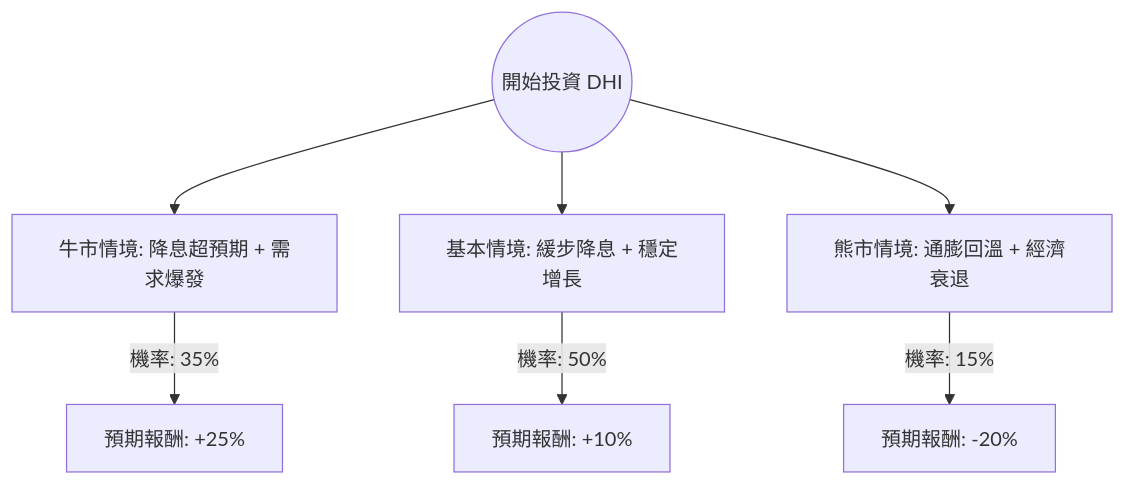
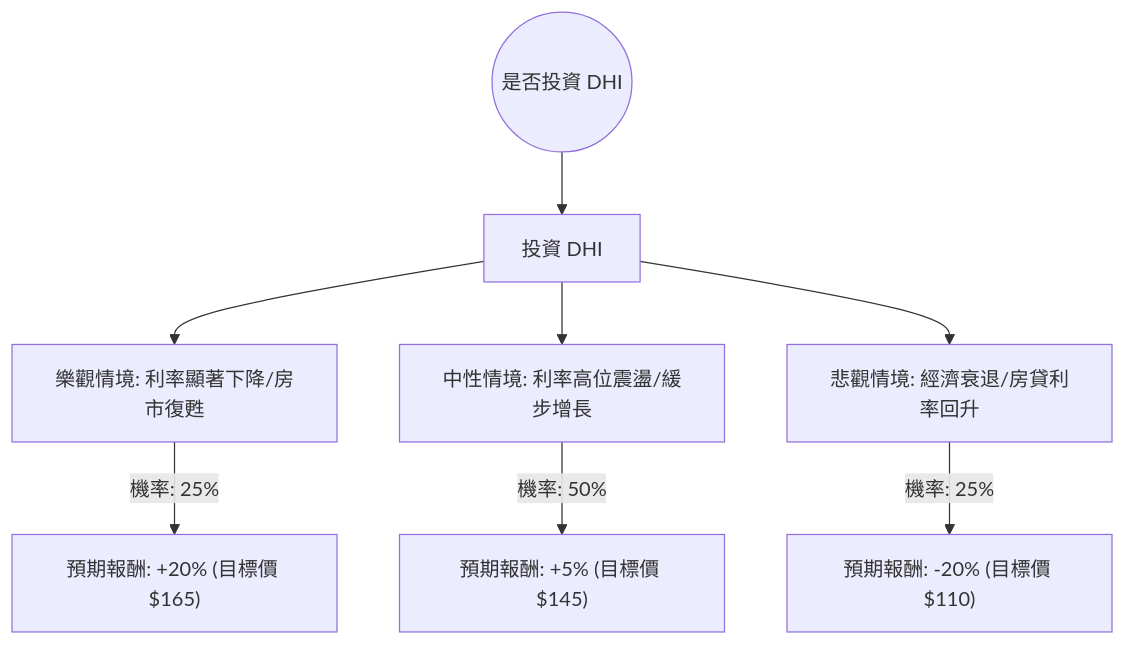
The diagram in plugin-react/ai-analysis/ev-analysis/DHI.md (zmcx16/zmcx16.github.io), drawn with Mermaid before and after one commit. The commit also changed other lines of this file and 75 other files, not shown here.

````diff
--- a/plugin-react/ai-analysis/ev-analysis/DHI.md
+++ b/plugin-react/ai-analysis/ev-analysis/DHI.md
@@ -19,10 +19,12 @@
 ```mermaid
 graph TD
-    Start((開始投資 DHI)) --> Bull[牛市情境: 降息超預期 + 需求爆發]
-    Start --> Base[基本情境: 緩步降息 + 穩定增長]
-    Start --> Bear[熊市情境: 通膨回溫 + 經濟衰退]
+    Start((是否投資 DHI)) --> Invest[投資 DHI]
+    
+    Invest --> Bull[樂觀情境: 利率顯著下降/房市復甦]
+    Invest --> Base[中性情境: 利率高位震盪/緩步增長]
+    Invest --> Bear[悲觀情境: 經濟衰退/房貸利率回升]
 
-    Bull -- "機率: 35%" --> Bull_EV["預期報酬: +25%"]
-    Base -- "機率: 50%" --> Base_EV["預期報酬: +10%"]
-    Bear -- "機率: 15%" --> Bear_EV["預期報酬: -20%"]
+    Bull -- "機率: 25%" --> BullResult["預期報酬: +20% (目標價 $165)"]
+    Base -- "機率: 50%" --> BaseResult["預期報酬: +5% (目標價 $145)"]
+    Bear -- "機率: 25%" --> BearResult["預期報酬: -20% (目標價 $110)"]
 ```
````
